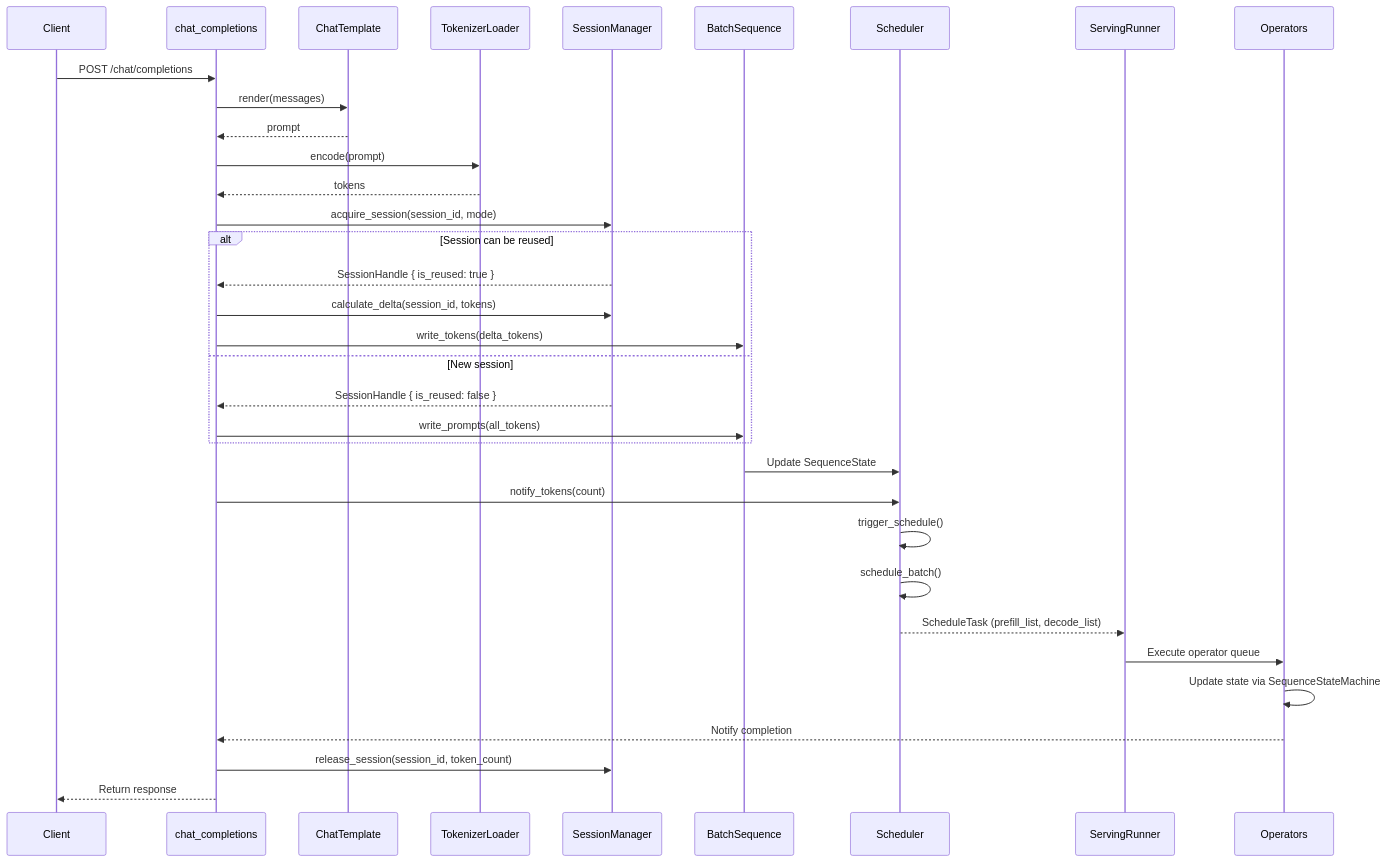
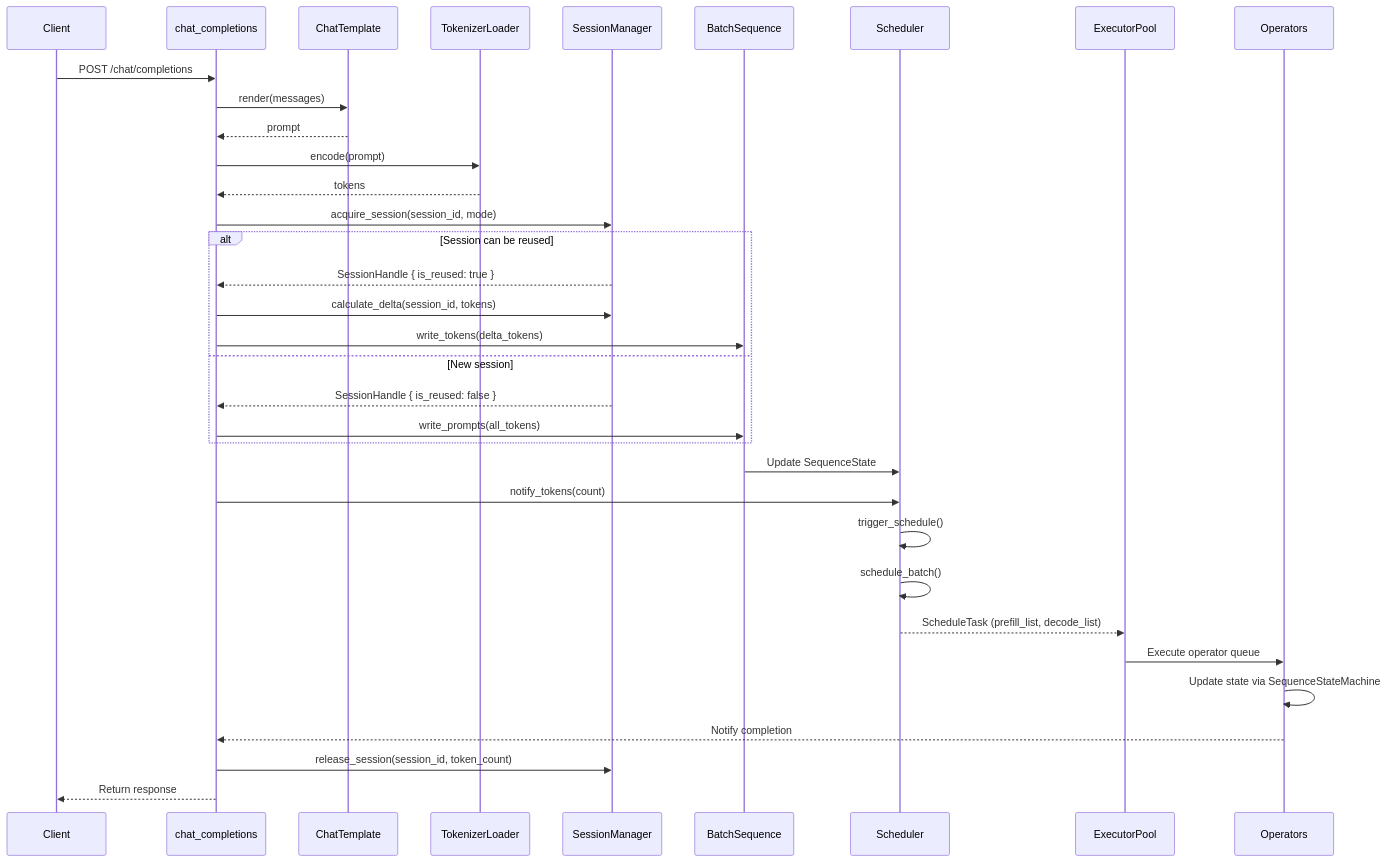
Before and after one commit to lucienhuangfu/eLLM: the third of 4 diagrams in docs/design/runtime/overview.md, drawn with Mermaid. The commit also changed other lines of this file and 28 other files, not shown here.

First line of the commit message:
Introduce ExecutorPool and plan-based scheduling

````diff
--- a/docs/design/runtime/overview.md
+++ b/docs/design/runtime/overview.md
@@ -177,39 +178,39 @@
 ```mermaid
 sequenceDiagram
     participant Client as Client
     participant Handler as chat_completions
     participant Template as ChatTemplate
     participant Tokenizer as TokenizerLoader
     participant SessionMgr as SessionManager
     participant BatchSeq as BatchSequence
     participant Scheduler as Scheduler
-    participant Runner as ServingRunner
+    participant Runner as ExecutorPool
     participant Ops as Operators
 
     Client->>Handler: POST /chat/completions
     Handler->>Template: render(messages)
     Template-->>Handler: prompt
     Handler->>Tokenizer: encode(prompt)
     Tokenizer-->>Handler: tokens
     
     Handler->>SessionMgr: acquire_session(session_id, mode)
     alt Session can be reused
         SessionMgr-->>Handler: SessionHandle { is_reused: true }
         Handler->>SessionMgr: calculate_delta(session_id, tokens)
         Handler->>BatchSeq: write_tokens(delta_tokens)
     else New session
         SessionMgr-->>Handler: SessionHandle { is_reused: false }
         Handler->>BatchSeq: write_prompts(all_tokens)
     end
     
     BatchSeq->>Scheduler: Update SequenceState
     Handler->>Scheduler: notify_tokens(count)
     Scheduler->>Scheduler: trigger_schedule()
     Scheduler->>Scheduler: schedule_batch()
     Scheduler-->>Runner: ScheduleTask (prefill_list, decode_list)
     Runner->>Ops: Execute operator queue
     Ops->>Ops: Update state via SequenceStateMachine
     Ops-->>Handler: Notify completion
     Handler->>SessionMgr: release_session(session_id, token_count)
     Handler-->>Client: Return response
 ```
````
